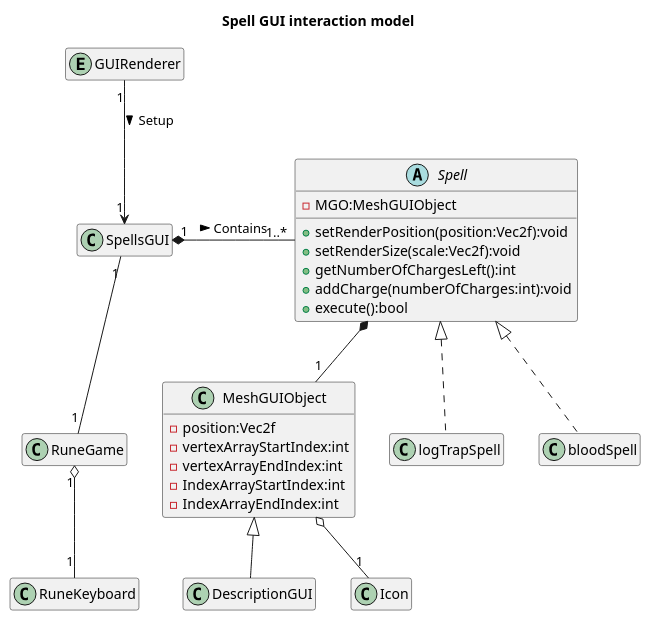
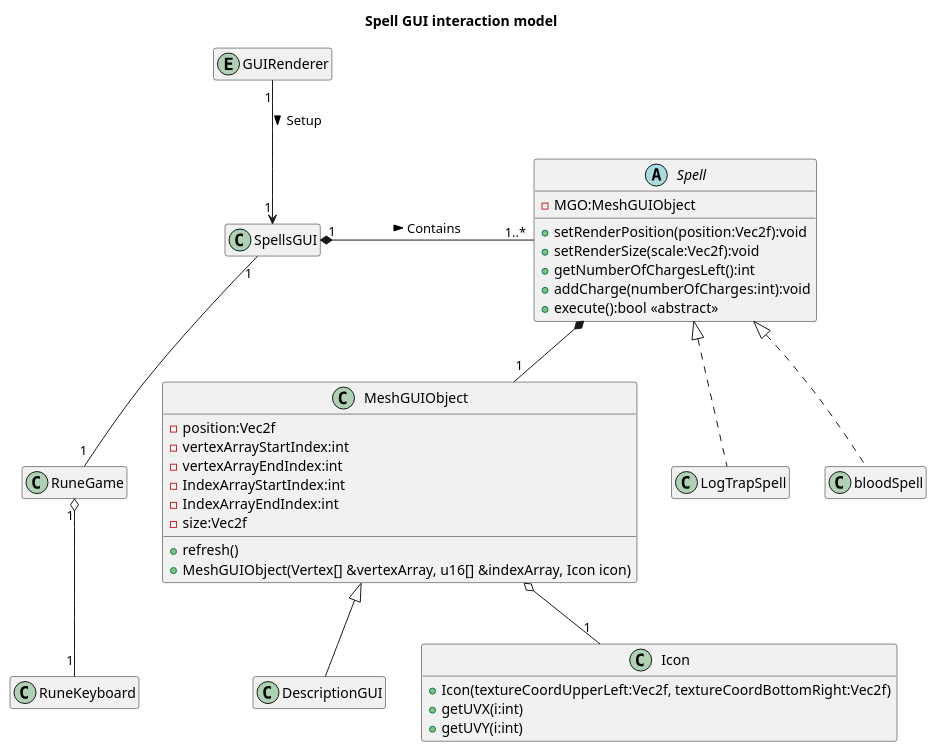
One commit to Kuift/The_Guiftmo_Project changed the diagram in docs/conception.puml. Above: the diagram before and after it, drawn with PlantUML. The commit also changed 2 other files, not shown here.

```diff
--- a/docs/conception.puml
+++ b/docs/conception.puml
@@ -1,44 +1,52 @@
 @startuml Conception
 
 skinparam defaultfontname Verdana
 title Spell GUI interaction model
 
 hide empty members
 abstract Spell
 {
     - MGO:MeshGUIObject
     + setRenderPosition(position:Vec2f):void
     + setRenderSize(scale:Vec2f):void
     + getNumberOfChargesLeft():int
     + addCharge(numberOfCharges:int):void
-    + execute():bool
+    + execute():bool <<abstract>>
 }
 class MeshGUIObject
 {
   - position:Vec2f
   - vertexArrayStartIndex:int
   - vertexArrayEndIndex:int
   - IndexArrayStartIndex:int
   - IndexArrayEndIndex:int
+  - size:Vec2f
+  + refresh()
+  + MeshGUIObject(Vertex[] &vertexArray, u16[] &indexArray, Icon icon)
 }
 class DescriptionGUI extends MeshGUIObject
 {
 
 }
-class logTrapSpell implements Spell
+class LogTrapSpell implements Spell
 {
 
 }
 class Icon
+{
+  + Icon(textureCoordUpperLeft:Vec2f, textureCoordBottomRight:Vec2f)
+  + getUVX(i:int)
+  + getUVY(i:int)
+}
 class bloodSpell implements Spell
 class SpellsGUI
 Entity GUIRenderer
 class RuneGame
 class RuneKeyboard
 GUIRenderer "1"--> "1" SpellsGUI : Setup >
 SpellsGUI "1" *- "1..*" Spell : Contains >
 SpellsGUI "1" -- "1"  RuneGame
 RuneGame "1" o-- "1" RuneKeyboard
 Spell *-- "1" MeshGUIObject
 MeshGUIObject o-- "1" Icon
 @enduml
```
